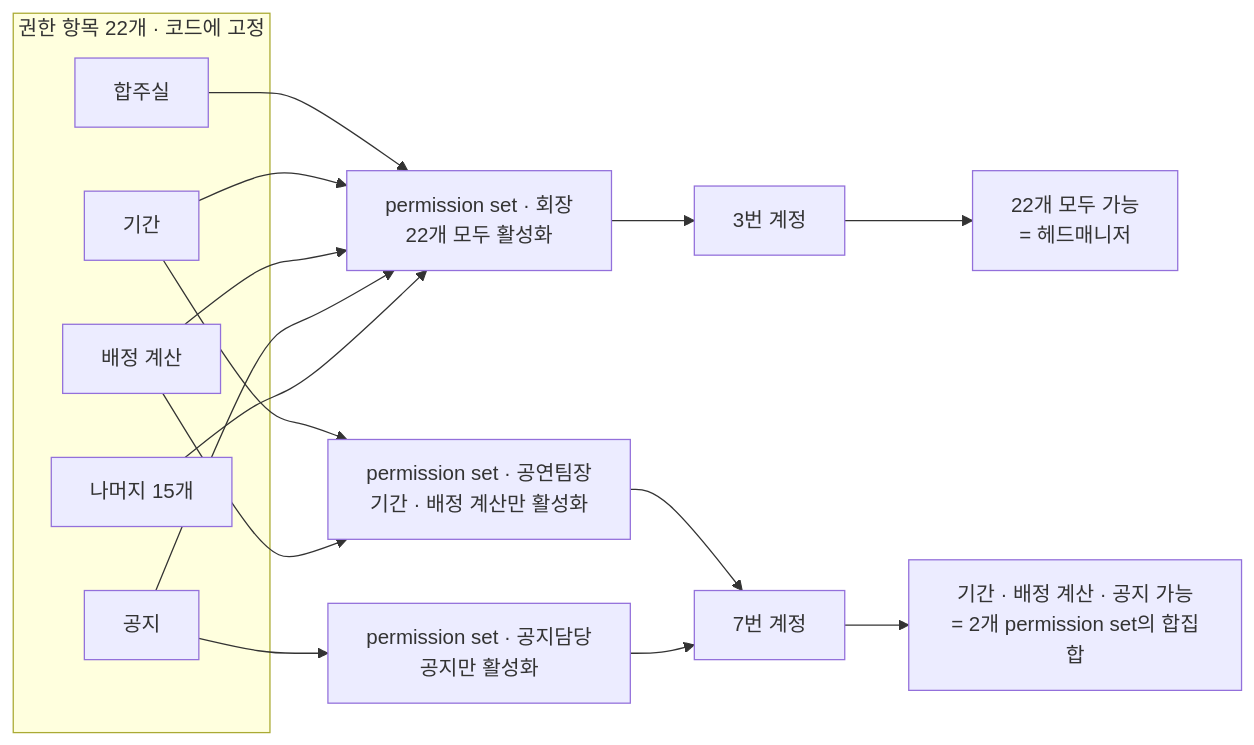
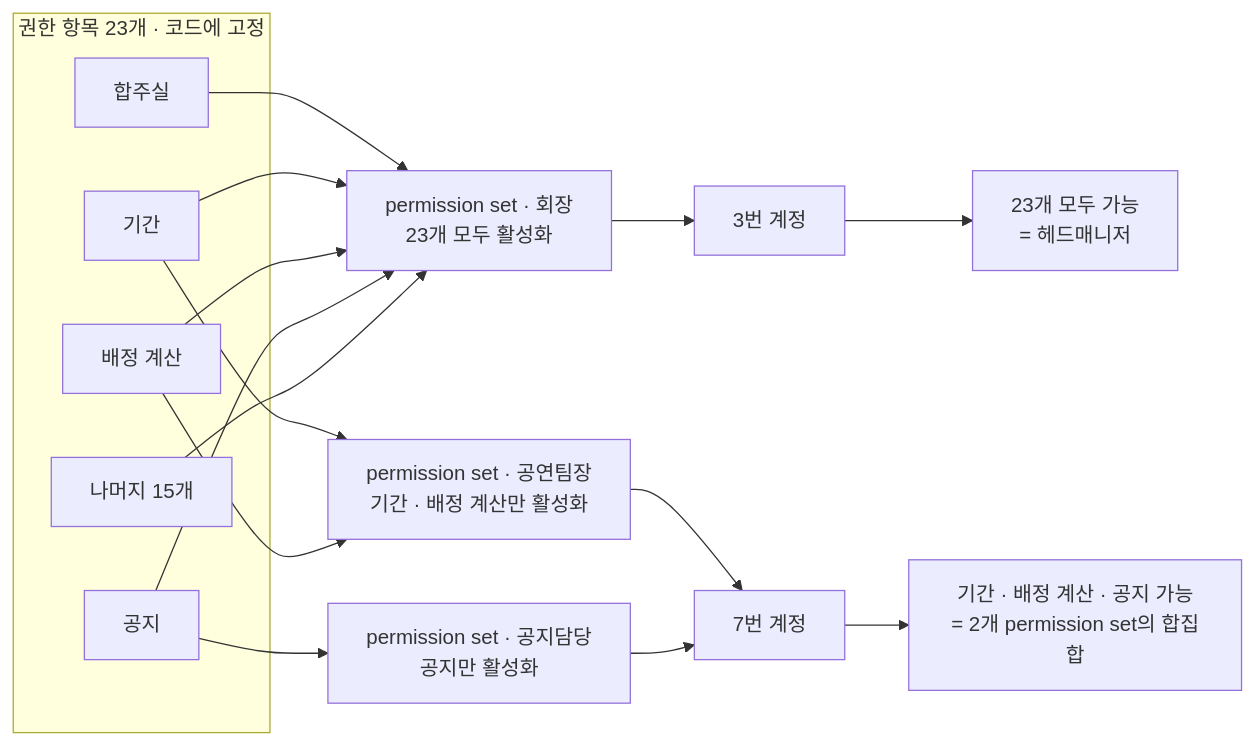
Before and after one commit to minkong-dev/Banblit: the third of 4 diagrams in .cluedoc/accounts-and-roles/accounts-and-roles.md, drawn with Mermaid. The commit also changed other lines of this file and 19 other files, not shown here.

````diff
--- a/.cluedoc/accounts-and-roles/accounts-and-roles.md
+++ b/.cluedoc/accounts-and-roles/accounts-and-roles.md
@@ -398,23 +399,23 @@
 ```mermaid
 flowchart LR
-    subgraph I[권한 항목 22개 · 코드에 고정]
+    subgraph I[권한 항목 23개 · 코드에 고정]
         A1[합주실]
         A2[기간]
         A3[배정 계산]
         A4[공지]
         A5[나머지 15개]
     end
     A1 --> B1
     A2 --> B1
     A3 --> B1
     A4 --> B1
     A5 --> B1
     A2 --> B2
     A3 --> B2
     A4 --> B3
-    B1[permission set · 회장<br/>22개 모두 활성화] --> M1[3번 계정]
+    B1[permission set · 회장<br/>23개 모두 활성화] --> M1[3번 계정]
     B2[permission set · 공연팀장<br/>기간 · 배정 계산만 활성화] --> M2[7번 계정]
     B3[permission set · 공지담당<br/>공지만 활성화] --> M2
-    M1 --> R1[22개 모두 가능<br/>= 헤드매니저]
+    M1 --> R1[23개 모두 가능<br/>= 헤드매니저]
     M2 --> R2[기간 · 배정 계산 · 공지 가능<br/>= 2개 permission set의 합집합]
 ```
````
